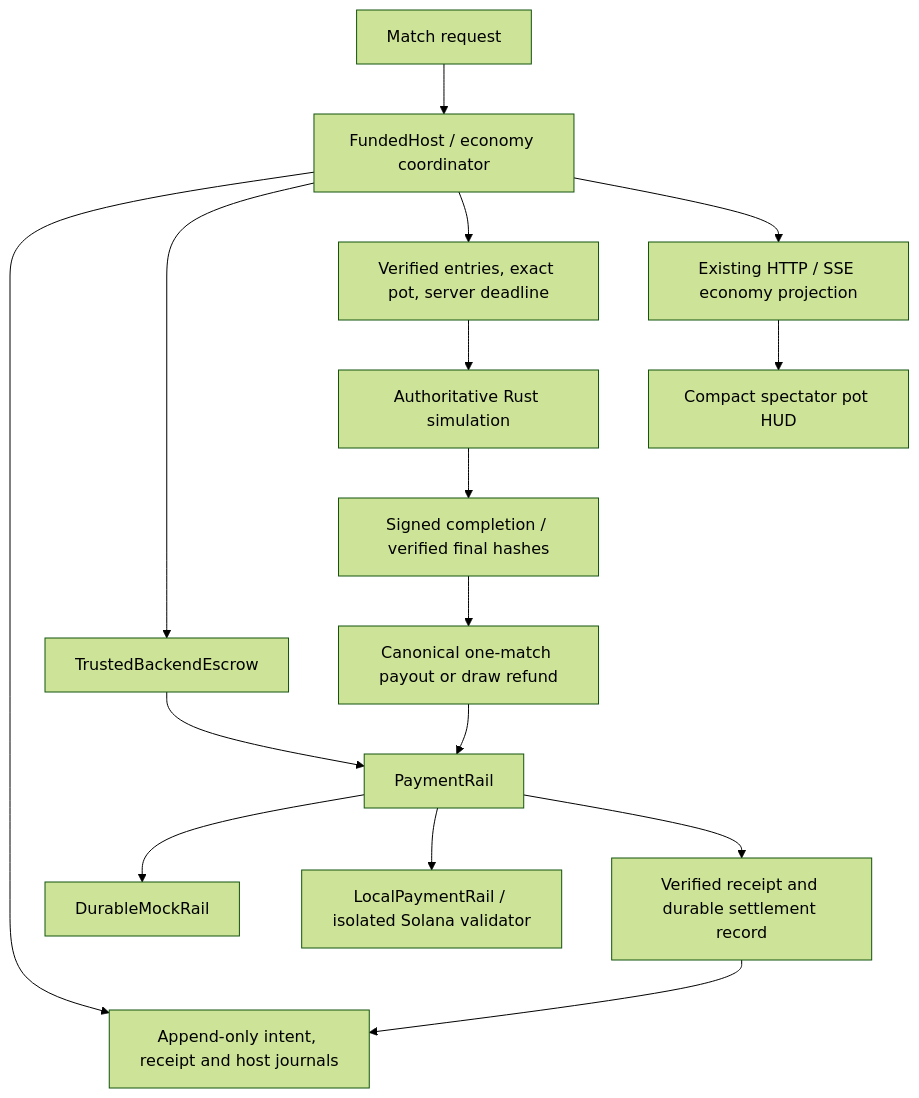
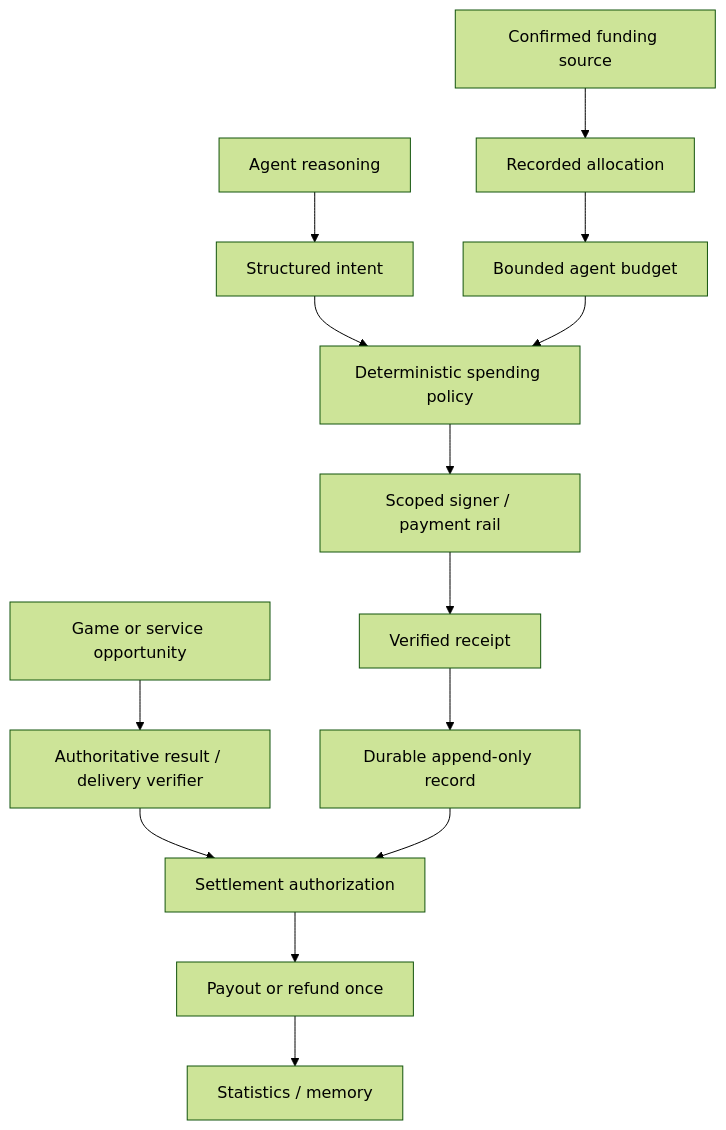
The diagram in docs/economy/economy-architecture.md (lewodro/autonomous-agent-economy), drawn with Mermaid (forest theme) before and after one commit. The commit also changed other lines of this file and 4 other files, not shown here.

````diff
--- a/docs/economy/economy-architecture.md
+++ b/docs/economy/economy-architecture.md
@@ -8,18 +47,16 @@
 ```mermaid
 flowchart TD
- Request[Match request] --> Host[FundedHost / economy coordinator]
- Host --> Store[Append-only intent, receipt and host journals]
- Host --> Escrow[TrustedBackendEscrow]
- Escrow --> Rail[PaymentRail]
- Rail --> Mock[DurableMockRail]
- Rail --> Local[LocalPaymentRail / isolated Solana validator]
- Host --> Gate[Verified entries, exact pot, server deadline]
- Gate --> Engine[Authoritative Rust simulation]
- Engine --> Attestation[Signed completion / verified final hashes]
- Attestation --> Settlement[Canonical one-match payout or draw refund]
- Settlement --> Rail
- Rail --> Receipt[Verified receipt and durable settlement record]
- Receipt --> Store
- Host --> SSE[Existing HTTP / SSE economy projection]
- SSE --> HUD[Compact spectator pot HUD]
+    Funds[Confirmed funding source] --> Allocation[Recorded allocation]
+    Allocation --> Budget[Bounded agent budget]
+    Reasoning[Agent reasoning] --> Intent[Structured intent]
+    Intent --> Policy[Deterministic spending policy]
+    Budget --> Policy
+    Policy --> Execution[Scoped signer / payment rail]
+    Execution --> Receipt[Verified receipt]
+    Receipt --> Ledger[Durable append-only record]
+    Opportunity[Game or service opportunity] --> Authority[Authoritative result / delivery verifier]
+    Authority --> Settlement[Settlement authorization]
+    Ledger --> Settlement
+    Settlement --> Payout[Payout or refund once]
+    Payout --> Memory[Statistics / memory]
 ```
````
